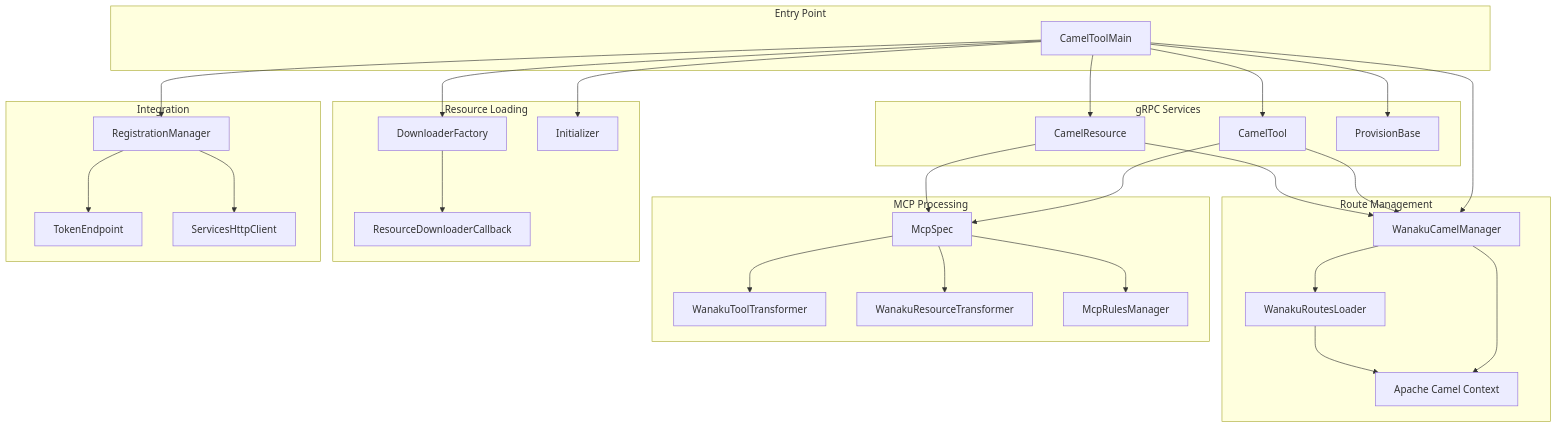
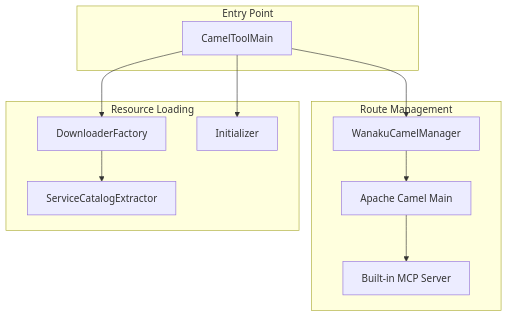
One commit to wanaku-ai/camel-integration-capability changed the second of 5 diagrams in docs/architecture.md. Above: the diagram before and after it, drawn with Mermaid. The commit also changed other lines of this file and 35 other files, not shown here.

First line of the commit message:
Adapt CIC for Wanaku Praxis and Camel 4.22 MCP server

````diff
--- a/docs/architecture.md
+++ b/docs/architecture.md
@@ -39,63 +33,27 @@
 ```mermaid
 graph TB
     subgraph "Entry Point"
         A[CamelToolMain]
     end
 
-    subgraph "gRPC Services"
-        B[CamelTool]
-        C[CamelResource]
-        D[ProvisionBase]
-    end
-
     subgraph "Route Management"
         E[WanakuCamelManager]
-        F[WanakuRoutesLoader]
-        G[Apache Camel Context]
-    end
-
-    subgraph "MCP Processing"
-        H[McpSpec]
-        I[WanakuToolTransformer]
-        J[WanakuResourceTransformer]
-        K[McpRulesManager]
+        F[Apache Camel Main]
+        G[Built-in MCP Server]
     end
 
     subgraph "Resource Loading"
         L[DownloaderFactory]
-        M[ResourceDownloaderCallback]
+        M[ServiceCatalogExtractor]
         N[Initializer]
     end
 
-    subgraph "Integration"
-        O[RegistrationManager]
-        P[TokenEndpoint]
-        Q[ServicesHttpClient]
-    end
+    A --> E
+    A --> L
+    A --> N
 
-    A --> B
-    A --> C
-    A --> D
-    A --> E
-    A --> O
-
-    B --> E
-    C --> E
-    B --> H
-    C --> H
-
-    E --> G
     E --> F
     F --> G
 
-    H --> I
-    H --> J
-    H --> K
-
-    A --> L
     L --> M
-    A --> N
-
-    O --> P
-    O --> Q
 ```
````
